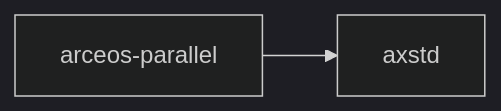
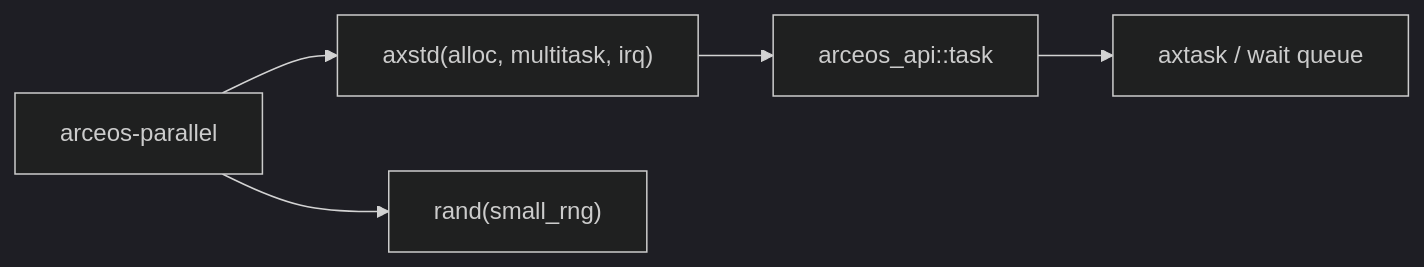
Before and after one commit to rcore-os/tgoskits: the second of 2 diagrams in docs/crates/arceos-parallel.md, drawn with Mermaid (dark theme). The commit also changed other lines of this file and 99 other files, not shown here.

````diff
--- a/docs/crates/arceos-parallel.md
+++ b/docs/crates/arceos-parallel.md
@@ -32,5 +75,7 @@
 ```mermaid
 graph LR
-    current["arceos-parallel"]
-    current --> axstd["axstd"]
+    test["arceos-parallel"] --> axstd["axstd(alloc, multitask, irq)"]
+    test --> rand["rand(small_rng)"]
+    axstd --> arceos_api["arceos_api::task"]
+    arceos_api --> axtask["axtask / wait queue"]
 ```
````
